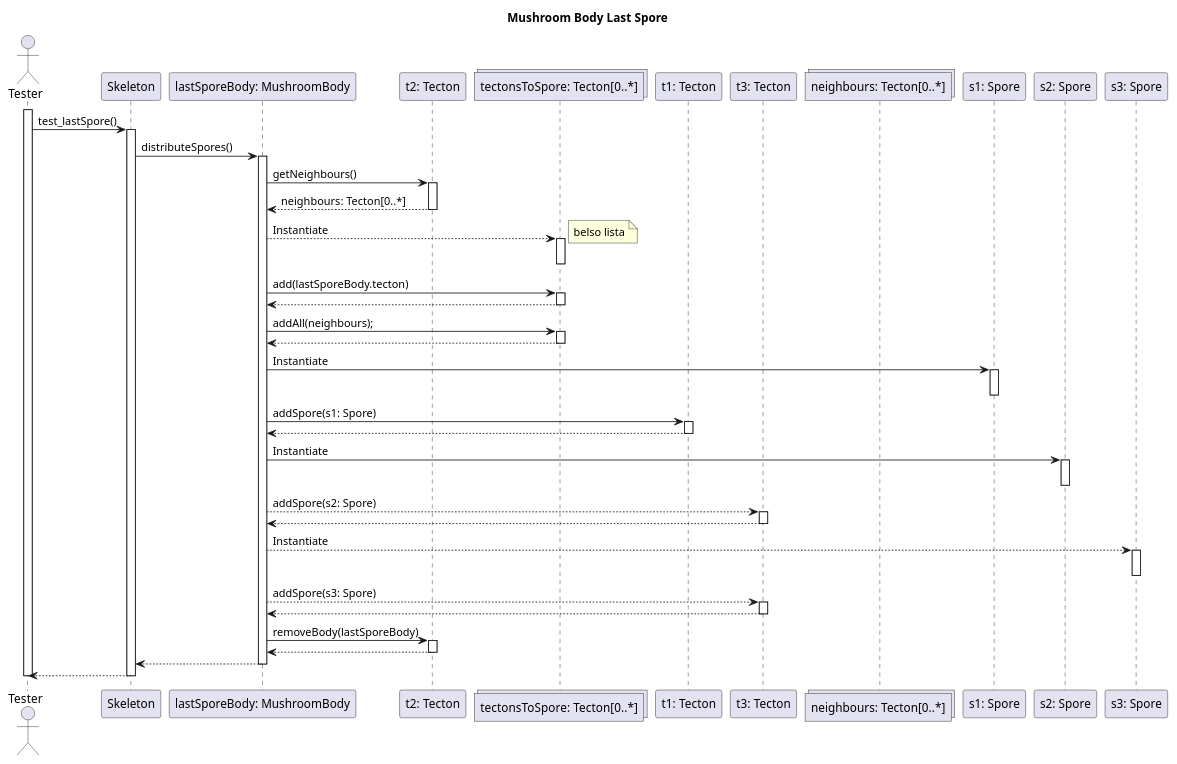
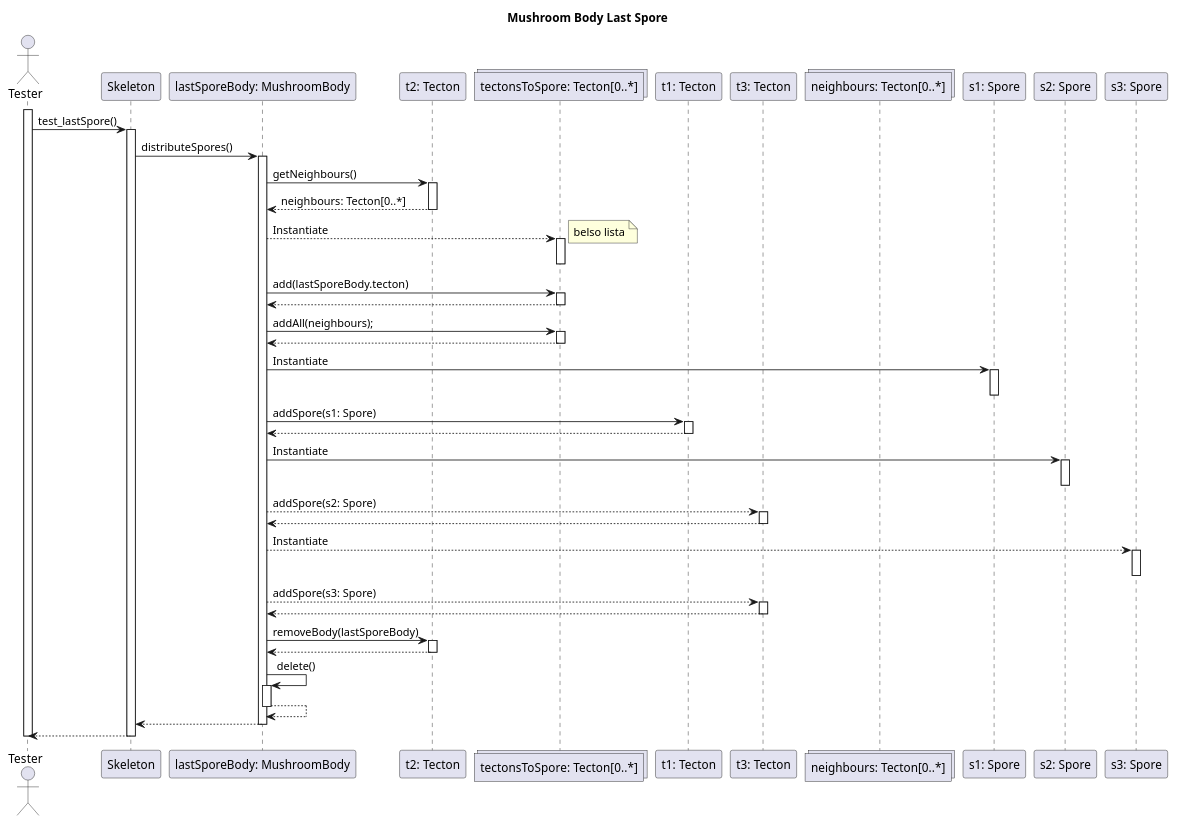
The diagram in diagrams/test-sequence/mushroom/mushroomBodyLastSpore.wsd (dzsem/projlab), drawn with PlantUML before and after one commit. The commit also changed 1 other file, not shown here.

Commit message:
RemoveBody delete calls

```diff
--- a/diagrams/test-sequence/mushroom/mushroomBodyLastSpore.wsd
+++ b/diagrams/test-sequence/mushroom/mushroomBodyLastSpore.wsd
@@ -1,99 +1,105 @@
 @startuml Mushroom Body Last Spore
 
 title Mushroom Body Last Spore
 
 actor "Tester" as tester
 participant "Skeleton" as skeleton
 participant "lastSporeBody: MushroomBody" as lsmb
 participant "t2: Tecton" as t2
 
 collections "tectonsToSpore: Tecton[0..*]" as tectons
 
 participant "t1: Tecton" as t1
 participant "t3: Tecton" as t3
 
 collections "neighbours: Tecton[0..*]"
 participant "s1: Spore" as s1
 participant "s2: Spore" as s2
 participant "s3: Spore" as s3
 
 activate tester
 tester -> skeleton: test_lastSpore()
 activate skeleton
 
 
 ' BEGIN COPY
 skeleton -> lsmb: distributeSpores() 
 activate lsmb
 lsmb -> t2 : getNeighbours()
 activate t2
 t2 --> lsmb : neighbours: Tecton[0..*]
 deactivate t2
 
 lsmb --> tectons: Instantiate
 note right: belso lista
 activate tectons
 deactivate tectons
 
 lsmb -> tectons: add(lastSporeBody.tecton)
 activate tectons
 tectons --> lsmb
 deactivate tectons
 
 lsmb -> tectons: addAll(neighbours);
 activate tectons
 tectons --> lsmb
 deactivate tectons
 
 ' CANT REUSE
 ' loop for each tectonToSpore in tectonsToSpore
 '     body -> tectonToSpore : addSpore(spore: Spore)
 '     activate tectonToSpore
 '     tectonToSpore --> body 
 '     deactivate tectonToSpore
 ' 
 ' end
 
 lsmb -> s1: Instantiate
 activate s1
 deactivate s1
 
 lsmb -> t1: addSpore(s1: Spore)
 activate t1
 t1 --> lsmb
 deactivate t1
 
 lsmb -> s2: Instantiate
 activate s2
 deactivate s2
 
 lsmb --> t3: addSpore(s2: Spore)
 activate t3
 t3 --> lsmb
 deactivate t3
 
 lsmb --> s3: Instantiate
 activate s3
 deactivate s3
 
 lsmb --> t3: addSpore(s3: Spore)
 activate t3
 t3 --> lsmb
 deactivate t3
 
 lsmb -> t2 : removeBody(lastSporeBody)
 activate t2
 t2 --> lsmb
 deactivate t2
 
+lsmb -> lsmb: delete()
+activate lsmb
+
+lsmb --> lsmb
+deactivate lsmb
+
 lsmb --> skeleton
 deactivate lsmb
 
 ' END COPY
 
 skeleton --> tester
 deactivate skeleton
 
 deactivate tester
 
 @enduml
```
